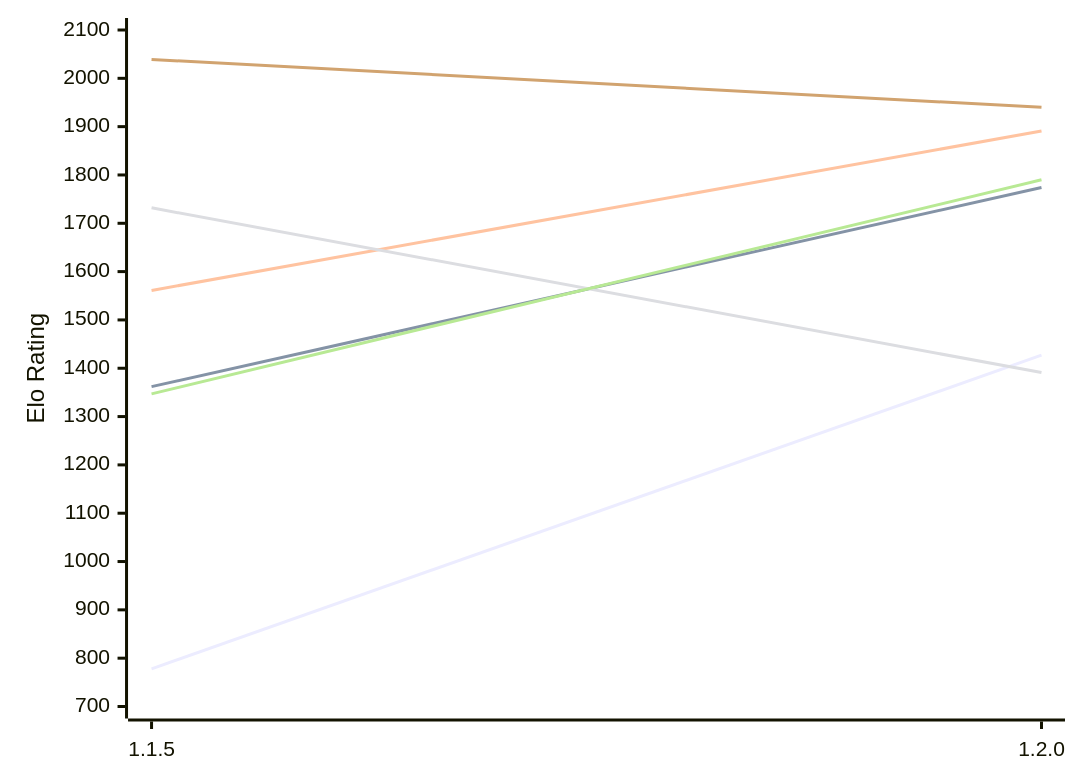
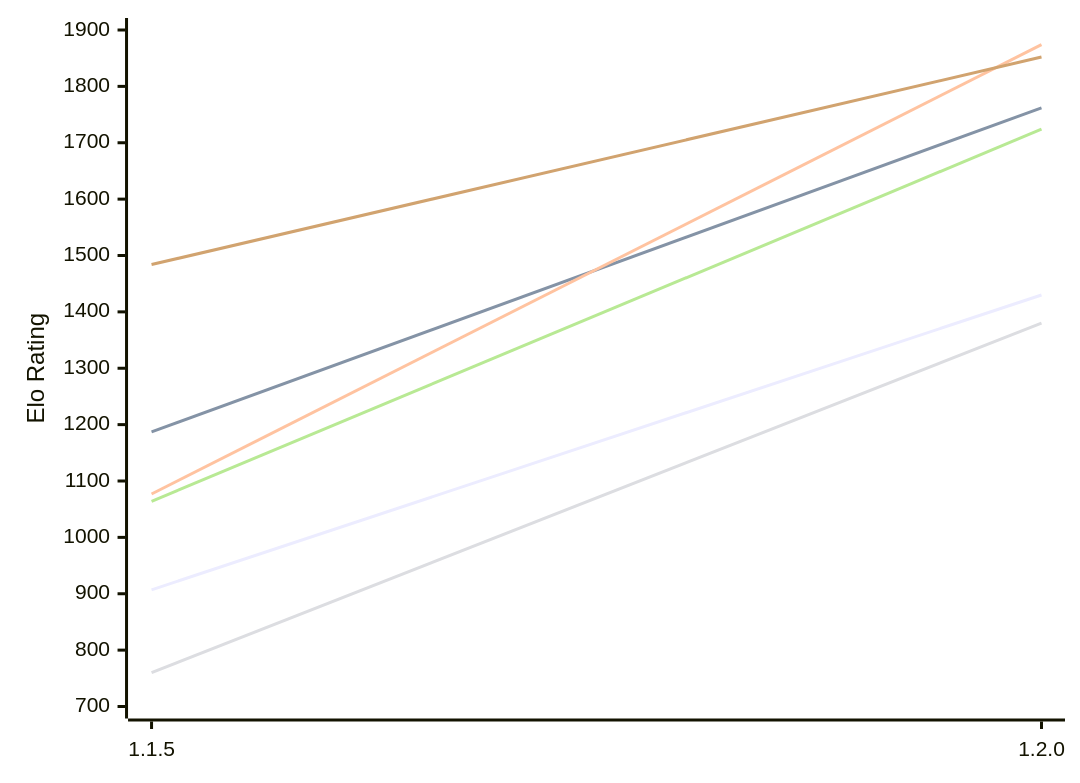
Before and after one commit to computer-chess-index/cci: the first of 2 diagrams in engines/ChessCore.md, drawn with Mermaid. The commit also changed other lines of this file, not shown here.

Commit message:
Update CCI Ratings (ELO VLTC) - 2026-11-13

````diff
--- a/engines/ChessCore.md
+++ b/engines/ChessCore.md
@@ -53,12 +53,12 @@
 ```mermaid
 %%{init: {"theme":"base","themeVariables":{"seriesColors:['#a3a3a3','#222221','#faa371']}}}%%
 xychart-beta
   x-axis ["1.1.5", "1.2.0"]
-  y-axis "Elo Rating" 700 --> 2100
-  line "E1: STC (8.0+0.08s)" [778, 1427]
-  line "E1: LTC (60.0+0.60s)" [1362, 1774]
-  line "E1: VLTC (2m24s+1.12s)" [1561, 1891]
-  line "P1: STC (8.0+0.08s)" [1732, 1391]
-  line "P1: LTC (60.0+0.60s)" [1347, 1790]
-  line "P1: VLTC (2m24s+1.12s)" [2039, 1940]
+  y-axis "Elo Rating" 700 --> 1900
+  line "E1: STC (8.0+0.08s)" [907, 1430]
+  line "E1: LTC (60.0+0.60s)" [1187, 1762]
+  line "E1: VLTC (2m24s+1.12s)" [1077, 1874]
+  line "P1: STC (8.0+0.08s)" [760, 1380]
+  line "P1: LTC (60.0+0.60s)" [1064, 1724]
+  line "P1: VLTC (2m24s+1.12s)" [1484, 1852]
 ```
````
